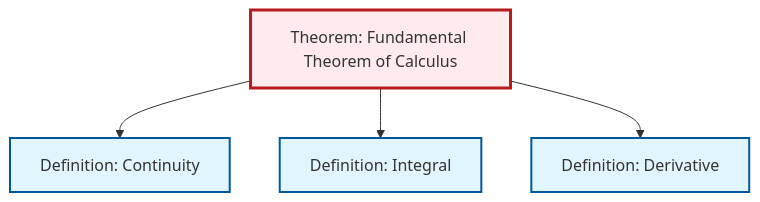
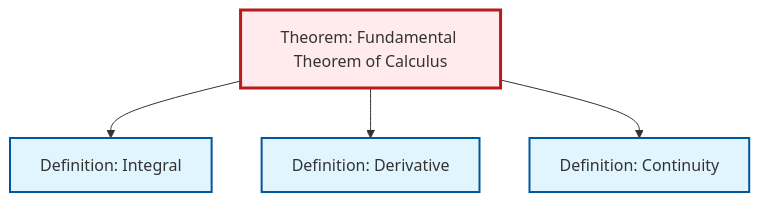
Before and after one commit to RK0429/ModernMath: the diagram in content/ja/analysis/thm-fundamental-calculus.qmd, drawn with Mermaid. The commit also changed other lines of this file and 554 other files, not shown here.

````diff
--- a/content/ja/analysis/thm-fundamental-calculus.qmd
+++ b/content/ja/analysis/thm-fundamental-calculus.qmd
@@ -142,20 +142,20 @@
 ```{mermaid}
 %%| fig-cap: "Local dependency graph"
 graph TD
     classDef definition fill:#e1f5fe,stroke:#01579b,stroke-width:2px
     classDef theorem fill:#f3e5f5,stroke:#4a148c,stroke-width:2px
     classDef axiom fill:#fff3e0,stroke:#e65100,stroke-width:2px
     classDef example fill:#e8f5e9,stroke:#1b5e20,stroke-width:2px
     classDef current fill:#ffebee,stroke:#b71c1c,stroke-width:3px
     def-derivative["Definition: Derivative"]:::definition
     def-continuity["Definition: Continuity"]:::definition
     thm-fundamental-calculus["Theorem: Fundamental Theorem of Calculus"]:::theorem
     def-integral["Definition: Integral"]:::definition
-    thm-fundamental-calculus --> def-continuity
     thm-fundamental-calculus --> def-integral
     thm-fundamental-calculus --> def-derivative
+    thm-fundamental-calculus --> def-continuity
     class thm-fundamental-calculus current
     click def-derivative "def-derivative.html" "Definition: Derivativeへ"
     click def-continuity "def-continuity.html" "Definition: Continuityへ"
     click def-integral "def-integral.html" "Definition: Integralへ"
 ```
````
